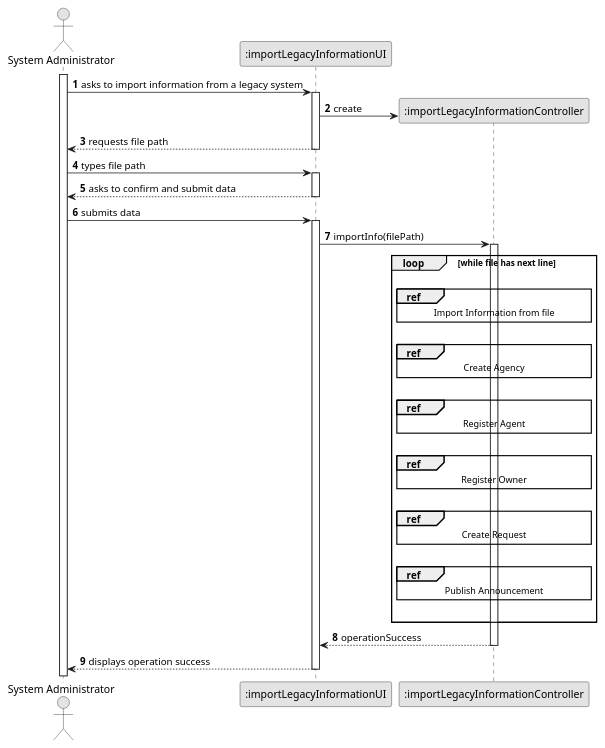
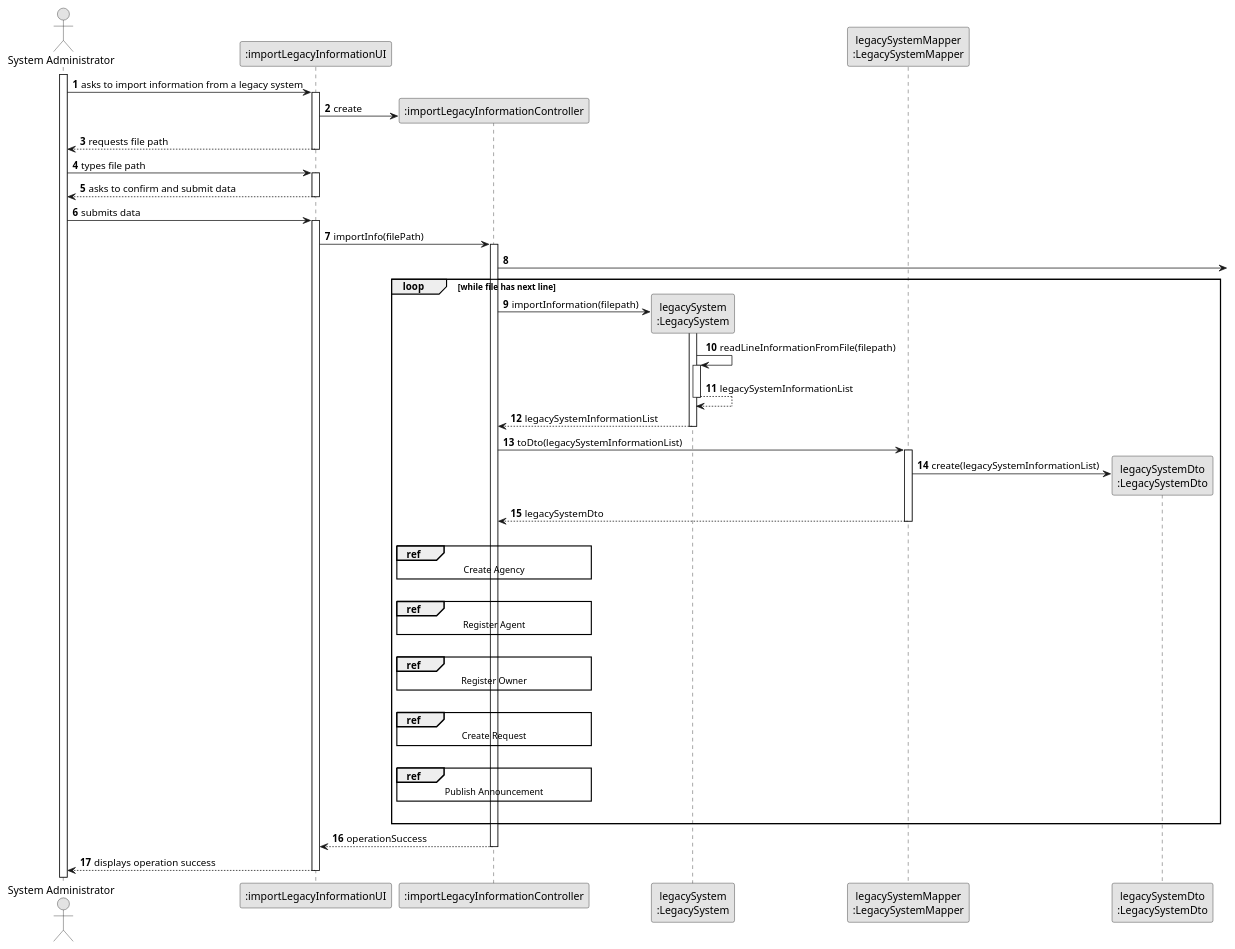
The diagram in docs/sprintC/us012/03.design/puml/us012-sequence-diagram-split.puml (rita-barbosa/LAPR2-2223), drawn with PlantUML before and after one commit.

Commit message:
Update sequence diagram [US012][Design]

```diff
--- a/docs/sprintC/us012/03.design/puml/us012-sequence-diagram-split.puml
+++ b/docs/sprintC/us012/03.design/puml/us012-sequence-diagram-split.puml
@@ -1,71 +1,91 @@
 @startuml
 skinparam monochrome true
 skinparam packageStyle rectangle
 skinparam shadowing false
 
 autonumber
 
 'hide footbox
 actor "System Administrator" as ADM
 participant ":importLegacyInformationUI" as UI
 participant ":importLegacyInformationController" as CTRL
+participant "legacySystem\n:LegacySystem" as LS
+participant "legacySystemMapper\n:LegacySystemMapper" as LSMapper
+participant "legacySystemDto\n:LegacySystemDto" as LSDto
 
 activate ADM
 
     ADM -> UI : asks to import information from a legacy system
     activate UI
 
     UI -> CTRL**: create
 
     UI --> ADM : requests file path
     deactivate UI
 
     ADM -> UI : types file path
     activate UI
 
     UI --> ADM : asks to confirm and submit data
     deactivate UI
 
     ADM -> UI : submits data
     activate UI
 
     UI -> CTRL: importInfo(filePath)
     activate CTRL
 
+    CTRL ->
 
     loop while file has next line
 
-    |||
-    ref over CTRL
-    Import Information from file
-    end ref
+      CTRL -> LS** : importInformation(filepath)
+      activate LS
+
+      LS -> LS : readLineInformationFromFile(filepath)
+      activate LS
+
+      LS --> LS: legacySystemInformationList
+      deactivate LS
+
+     CTRL <-- LS : legacySystemInformationList
+      deactivate LS
+
+      CTRL -> LSMapper : toDto(legacySystemInformationList)
+      activate LSMapper
+
+      LSMapper -> LSDto** : create(legacySystemInformationList)
+
+      LSMapper --> CTRL : legacySystemDto
+      deactivate LSMapper
+
     |||
     ref over CTRL
     Create Agency
     end ref
     |||
     ref over CTRL
         Register Agent
     end ref
     |||
     ref over CTRL
         Register Owner
     end ref
     |||
     ref over CTRL
         Create Request
     end ref
     |||
     ref over CTRL
         Publish Announcement
     end ref
     |||
      end loop
 
     CTRL --> UI: operationSuccess
     deactivate CTRL
 
     UI --> ADM : displays operation success
     deactivate UI
 
 @enduml
```
